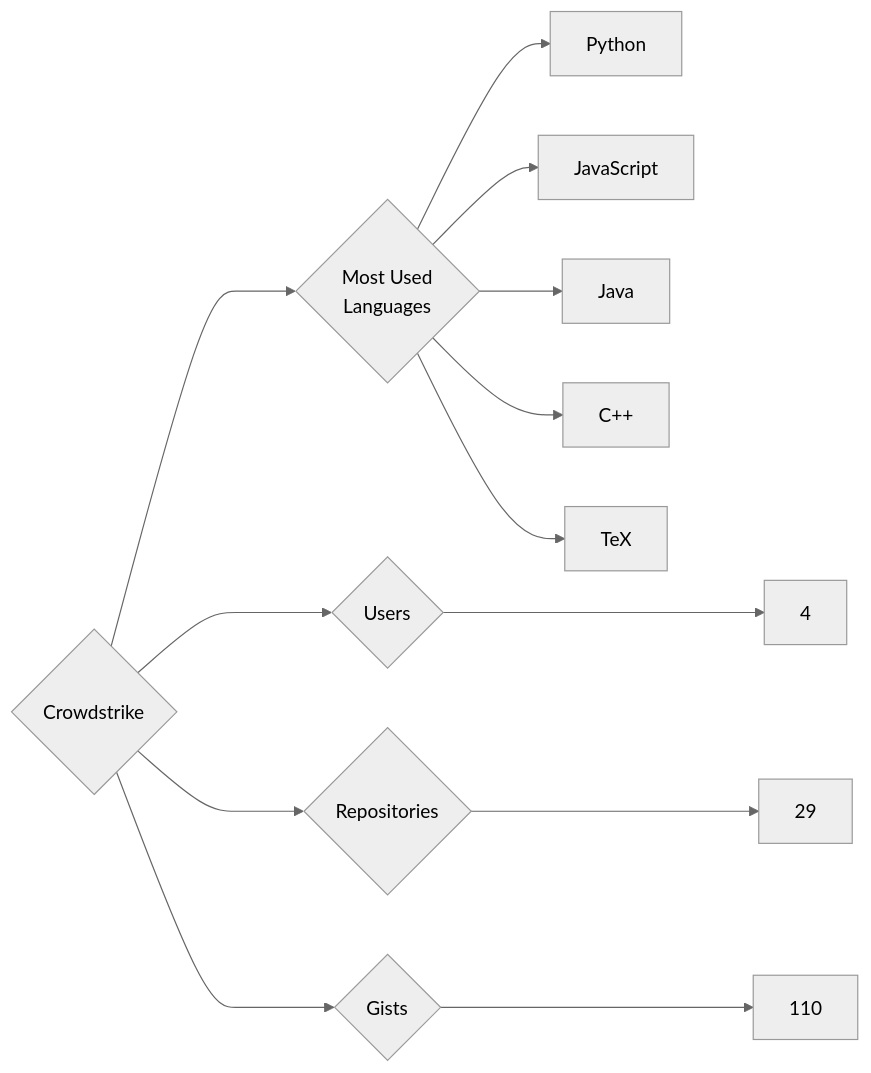
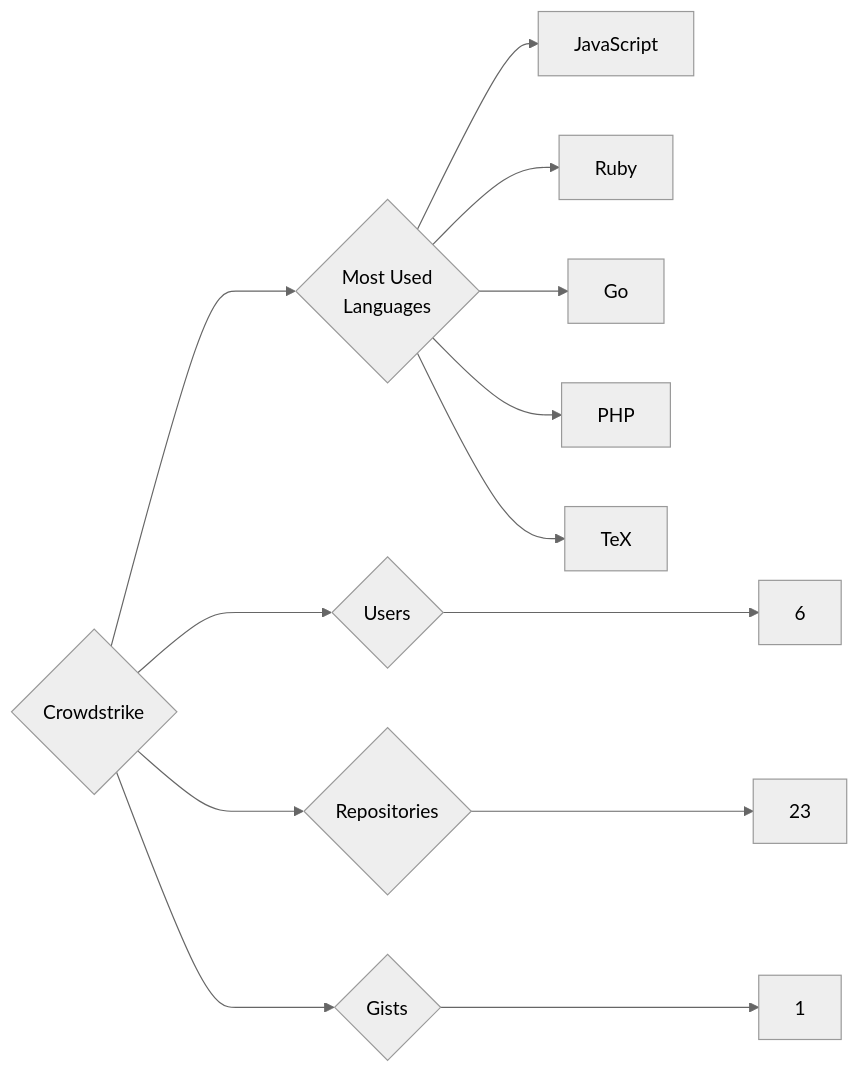
Before and after one commit to trickest/insiders: the diagram in targets/Crowdstrike/README.md, drawn with Mermaid (neutral theme). The commit also changed 1175 other files, not shown here.

````diff
--- a/targets/Crowdstrike/README.md
+++ b/targets/Crowdstrike/README.md
@@ -3,13 +3,13 @@
 ```mermaid
 graph LR
 COMPANY_NAME{Crowdstrike}
-COMPANY_NAME ---> U{Users} ---> UN[4]
-COMPANY_NAME ---> R{Repositories} ---> RN[29]
-COMPANY_NAME ---> G{Gists} ---> GN[110]
+COMPANY_NAME ---> U{Users} ---> UN[6]
+COMPANY_NAME ---> R{Repositories} ---> RN[23]
+COMPANY_NAME ---> G{Gists} ---> GN[1]
 COMPANY_NAME ---> ML{Most Used<br>Languages}
-ML --> Python[Python]
 ML --> JavaScript[JavaScript]
-ML --> Java[Java]
-ML --> C++[C++]
+ML --> Ruby[Ruby]
+ML --> Go[Go]
+ML --> PHP[PHP]
 ML --> TeX[TeX]
 ```
````
